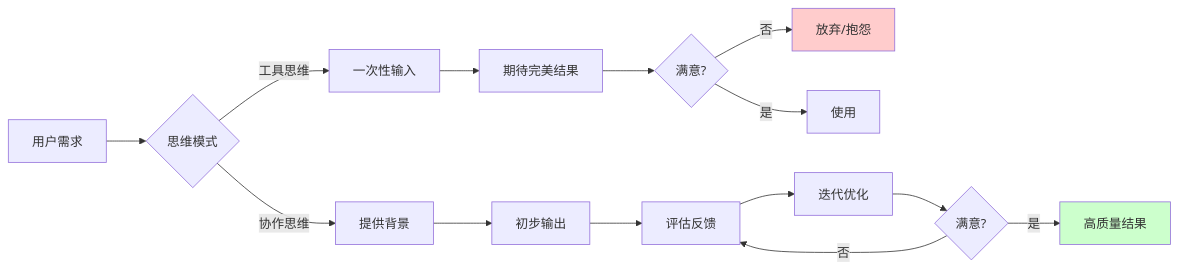
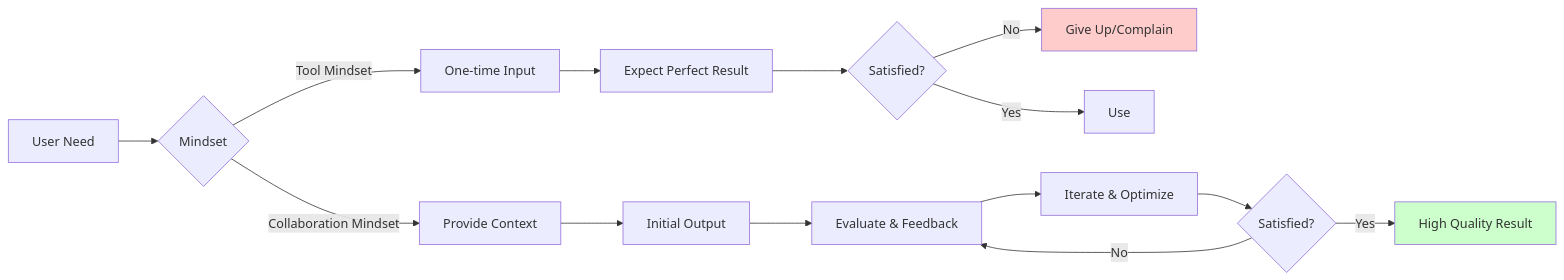
One commit to tianhongTina/ai-literacy-bootcamp changed the first of 7 diagrams in docs/lessons/lesson-0.md. Above: the diagram before and after it, drawn with Mermaid. The commit also changed other lines of this file and 18 other files, not shown here.

````diff
--- a/docs/lessons/lesson-0.md
+++ b/docs/lessons/lesson-0.md
@@ -70,20 +77,20 @@
 ```mermaid
 graph LR
-    A[用户需求] --> B{思维模式}
-    B -->|工具思维| C[一次性输入]
-    C --> D[期待完美结果]
-    D --> E{满意?}
-    E -->|否| F[放弃/抱怨]
-    E -->|是| G[使用]
-    
-    B -->|协作思维| H[提供背景]
-    H --> I[初步输出]
-    I --> J[评估反馈]
-    J --> K[迭代优化]
-    K --> L{满意?}
-    L -->|否| J
-    L -->|是| M[高质量结果]
-    
+    A[User Need] --> B{Mindset}
+    B -->|Tool Mindset| C[One-time Input]
+    C --> D[Expect Perfect Result]
+    D --> E{Satisfied?}
+    E -->|No| F[Give Up/Complain]
+    E -->|Yes| G[Use]
+
+    B -->|Collaboration Mindset| H[Provide Context]
+    H --> I[Initial Output]
+    I --> J[Evaluate & Feedback]
+    J --> K[Iterate & Optimize]
+    K --> L{Satisfied?}
+    L -->|No| J
+    L -->|Yes| M[High Quality Result]
+
     style F fill:#ffcccc
     style M fill:#ccffcc
 ```
````
